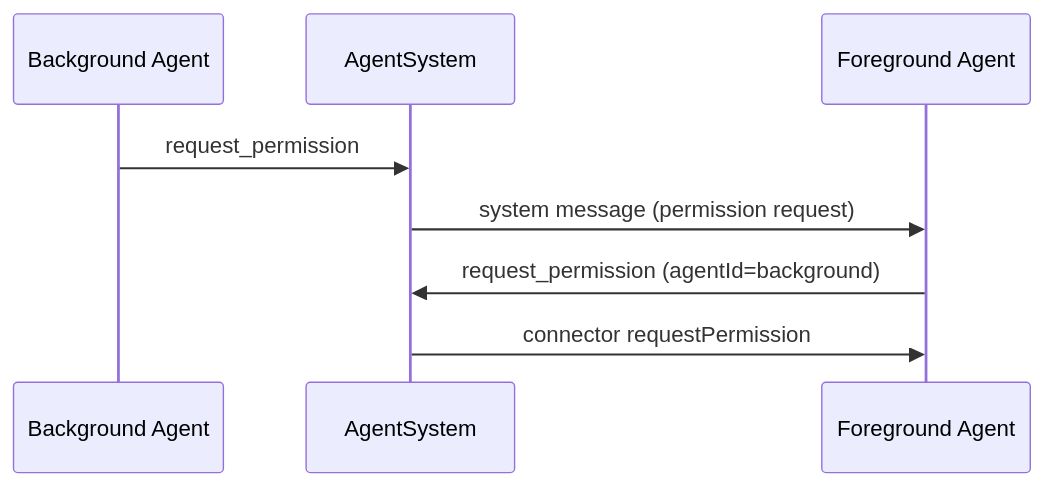
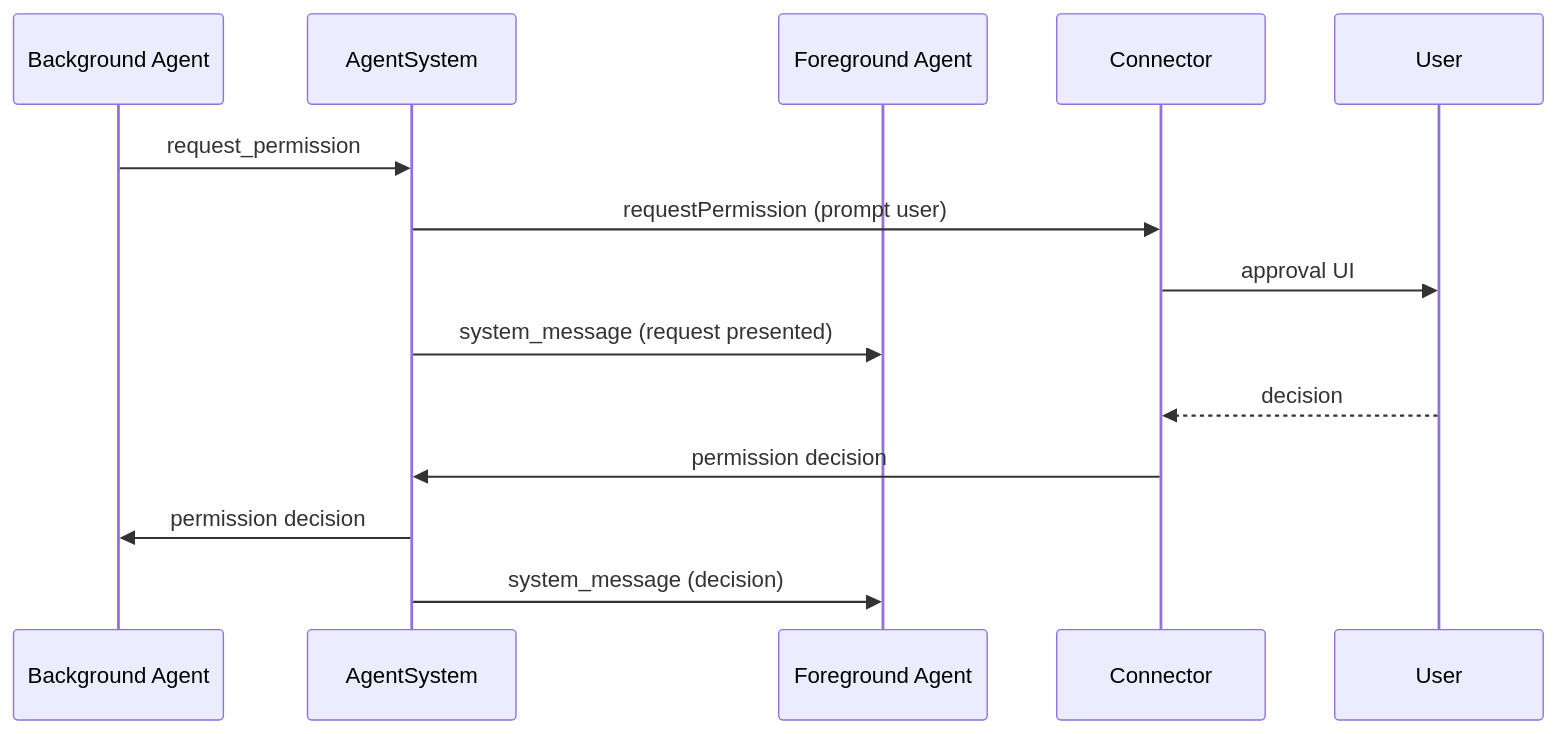
Before and after one commit to ex3ndr-bot/daycare: the seventh of 12 diagrams in docs/agents.md, drawn with Mermaid. The commit also changed other lines of this file and 11 other files, not shown here.

Commit message:
fix(permissions): notify foreground via system messages

````diff
--- a/docs/agents.md
+++ b/docs/agents.md
@@ -85,10 +84,16 @@
 ```mermaid
 sequenceDiagram
   participant Background as Background Agent
   participant AgentSystem
   participant Foreground as Foreground Agent
+  participant Connector
+  participant User
   Background->>AgentSystem: request_permission
-  AgentSystem->>Foreground: system message (permission request)
-  Foreground->>AgentSystem: request_permission (agentId=background)
-  AgentSystem->>Foreground: connector requestPermission
+  AgentSystem->>Connector: requestPermission (prompt user)
+  Connector->>User: approval UI
+  AgentSystem->>Foreground: system_message (request presented)
+  User-->>Connector: decision
+  Connector->>AgentSystem: permission decision
+  AgentSystem->>Background: permission decision
+  AgentSystem->>Foreground: system_message (decision)
 ```
````
